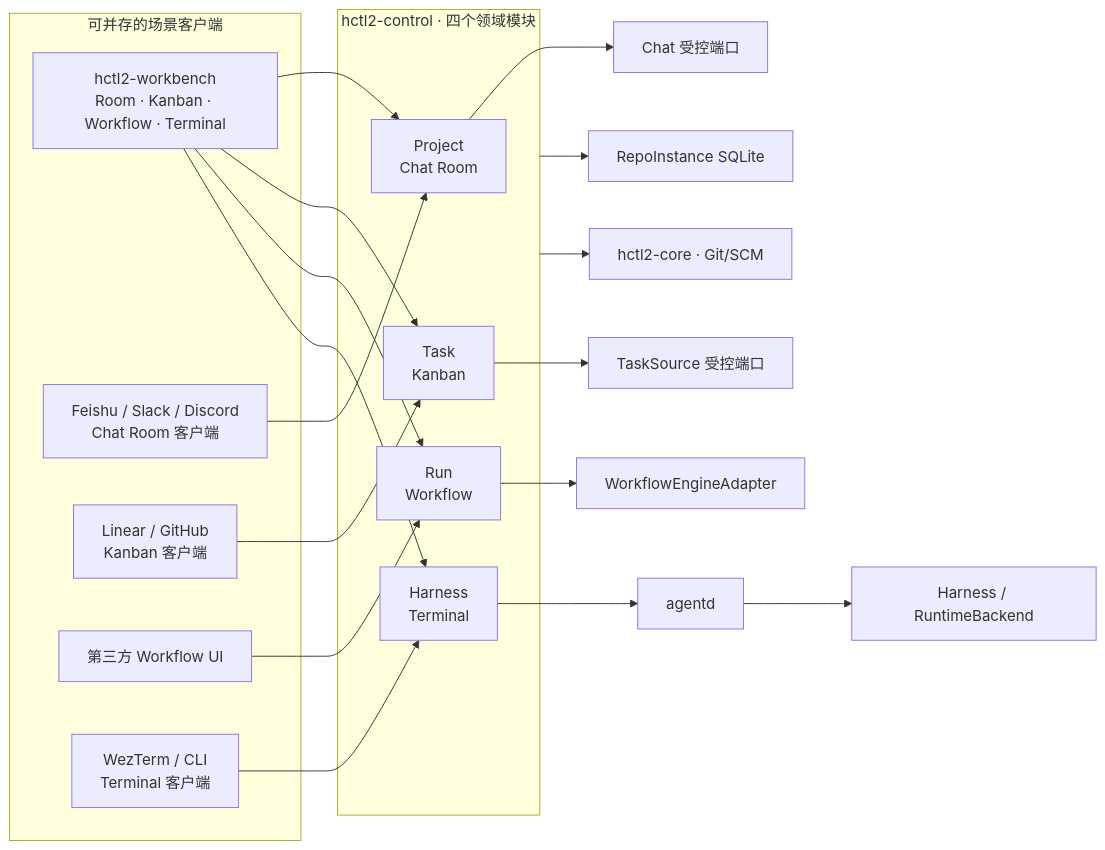
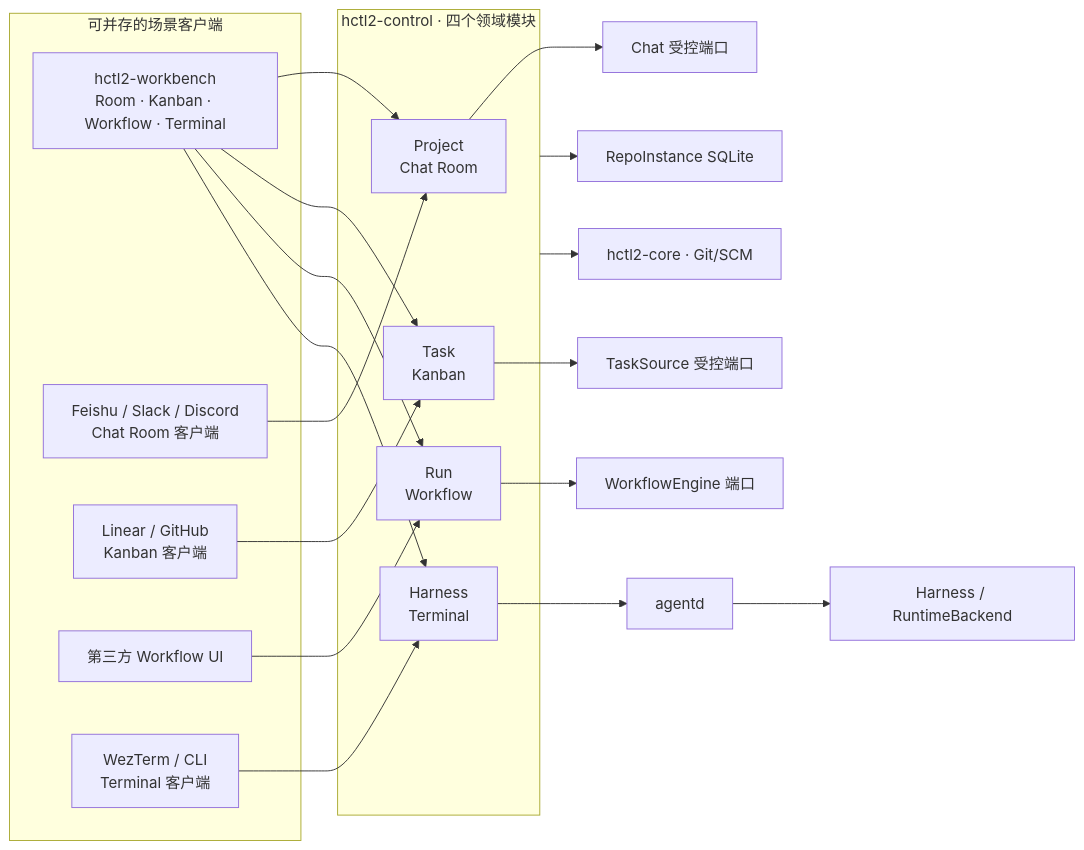
Before and after one commit to yesme/hctl2: the second of 2 diagrams in README.md, drawn with Mermaid. The commit also changed other lines of this file and 17 other files, not shown here.

````diff
--- a/README.md
+++ b/README.md
@@ -98,35 +98,35 @@
 ```mermaid
 flowchart LR
     subgraph Clients["可并存的场景客户端"]
         Bench["hctl2-workbench\nRoom · Kanban · Workflow · Terminal"]
         ChatClient["Feishu / Slack / Discord\nChat Room 客户端"]
         TaskClient["Linear / GitHub\nKanban 客户端"]
         WorkflowClient["第三方 Workflow UI"]
         TerminalClient["WezTerm / CLI\nTerminal 客户端"]
     end
 
     subgraph Control["hctl2-control · 四个领域模块"]
         P["Project\nChat Room"]
         T["Task\nKanban"]
         R["Run\nWorkflow"]
         H["Harness\nTerminal"]
     end
 
     Bench --> P
     Bench --> T
     Bench --> R
     Bench --> H
     ChatClient --> P
     TaskClient --> T
     WorkflowClient --> R
     TerminalClient --> H
 
     P --> ChatPort["Chat 受控端口"]
     T --> TaskSource["TaskSource 受控端口"]
-    R --> Engine["WorkflowEngineAdapter"]
+    R --> Engine["WorkflowEngine 端口"]
     H --> Agentd["agentd"]
     Agentd --> Runtime["Harness / RuntimeBackend"]
 
     Control --> DB["RepoInstance SQLite"]
     Control --> Core["hctl2-core · Git/SCM"]
 ```
````
